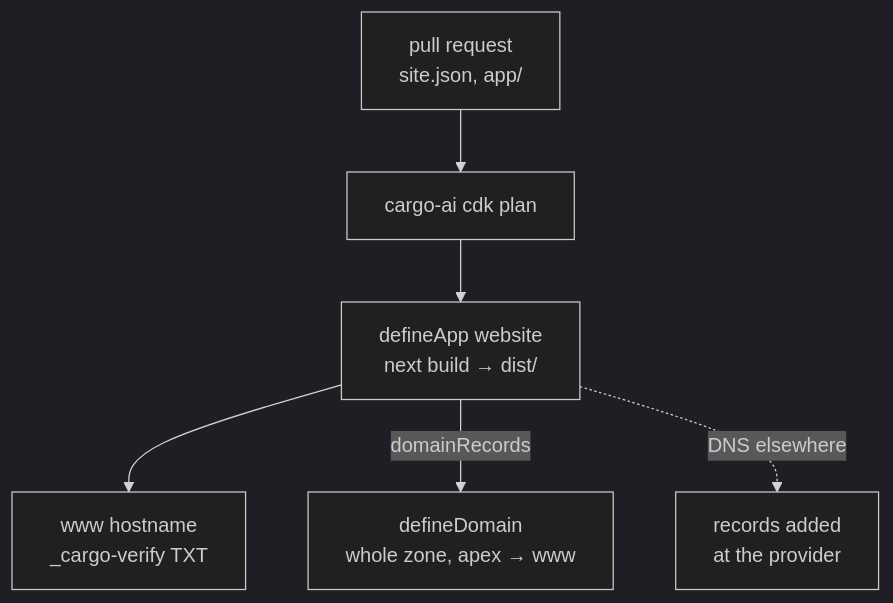
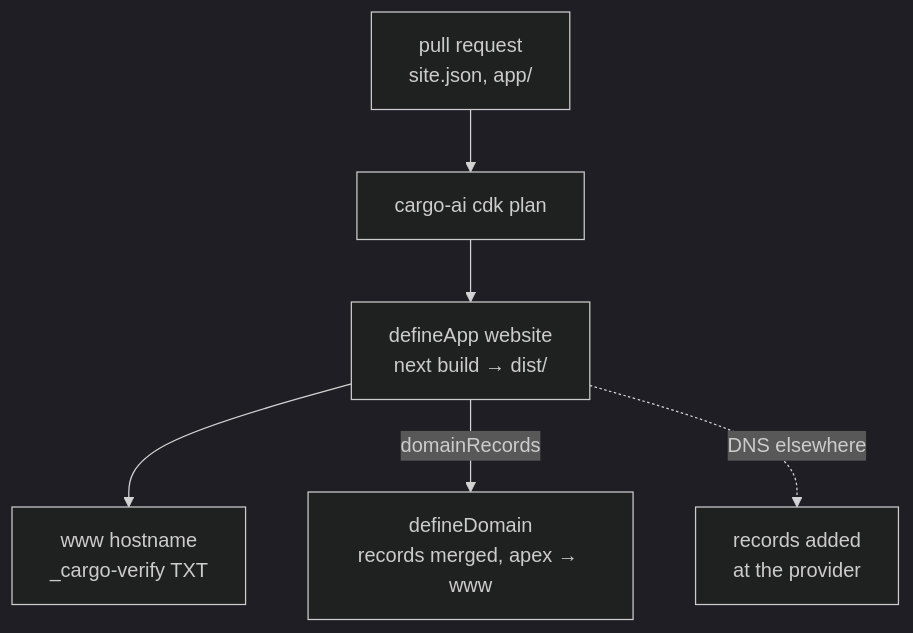
One commit to getcargohq/gtm-skills changed the diagram in website-building/README.md. Above: the diagram before and after it, drawn with Mermaid (dark theme). The commit also changed other lines of this file and 6 other files, not shown here.

````diff
--- a/website-building/README.md
+++ b/website-building/README.md
@@ -22,8 +22,8 @@
 ```mermaid
 flowchart TD
     pr["pull request<br/>site.json, app/"] --> plan["cargo-ai cdk plan"]
     plan --> app["defineApp website<br/>next build → dist/"]
     app --> host["www hostname<br/>_cargo-verify TXT"]
-    app -->|"domainRecords"| domain["defineDomain<br/>whole zone, apex → www"]
+    app -->|"domainRecords"| domain["defineDomain<br/>records merged, apex → www"]
     app -.->|"DNS elsewhere"| provider["records added<br/>at the provider"]
 ```
````
